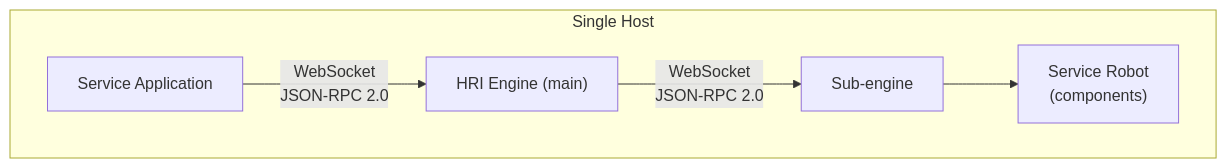
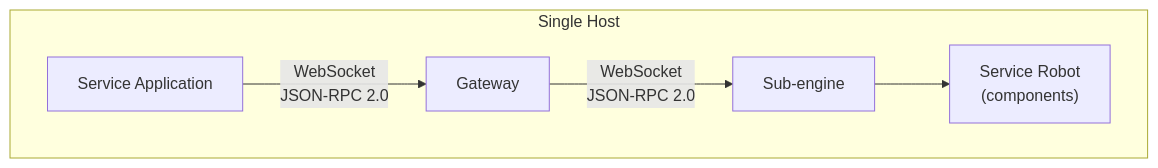
The second of 5 diagrams in docs/architecture.md (openrois/openrois), drawn with Mermaid before and after one commit. The commit also changed other lines of this file and 7 other files, not shown here.

First line of the commit message:
docs: rewrite architecture, roadmap, and white paper to recursive engine model

````diff
--- a/docs/architecture.md
+++ b/docs/architecture.md
@@ -150,12 +680,12 @@
 ```mermaid
 flowchart TB
     subgraph Host["Single Host"]
         App["Service Application"]
-        GW["HRI Engine (main)"]
+        GW["Gateway"]
         SubEngine["Sub-engine"]
         Robot["Service Robot<br/>(components)"]
         App -->|"WebSocket<br/>JSON-RPC 2.0"| GW
         GW -->|"WebSocket<br/>JSON-RPC 2.0"| SubEngine
         SubEngine --> Robot
     end
 ```
````
